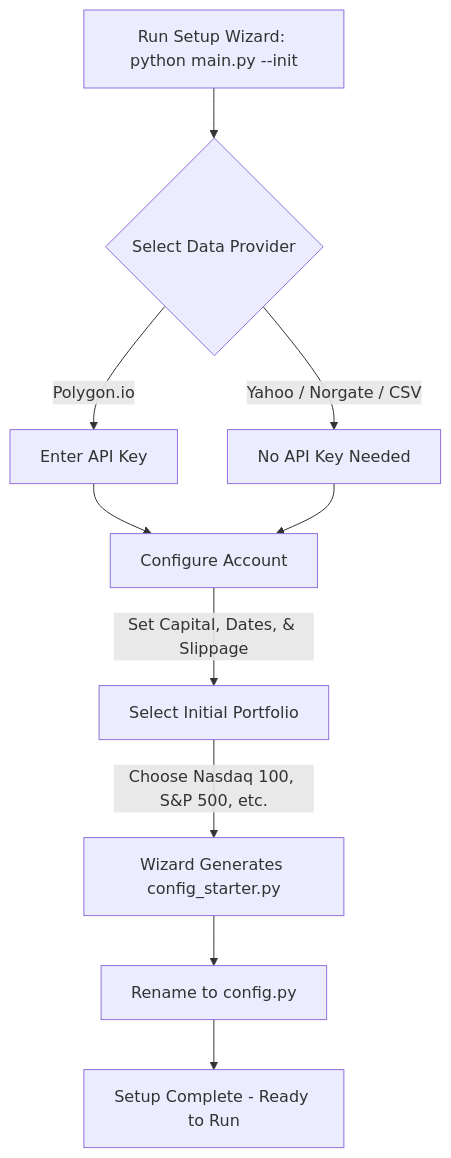
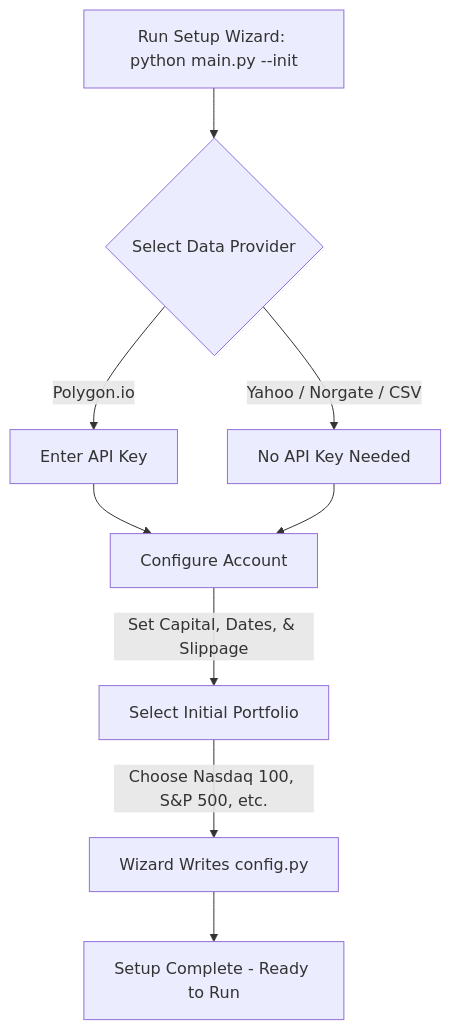
Before and after one commit to zachisit/july-backtester: the second of 3 diagrams in README.md, drawn with Mermaid. The commit also changed other lines of this file and 2 other files, not shown here.

Commit message:
fix(init-wizard): write directly to config.py and patch in-place when it exists
Previously the wizard always wrote to config_starter.py and told the user
to manually copy or rename it. Users reasonably expected their wizard
choices to stick in config.py immediately.

- New: if config.py does not exist, wizard writes the full template
  directly to config.py (no more config_starter.py)
- New: if config.py already exists, _patch_existing_config() surgically
  updates only the wizard-collected keys (data_provider, initial_capital,
  start_date, symbols_to_test / portfolios) via re.subn; all other
  settings are preserved unchanged
- README: both Mermaid diagrams updated to remove the intermediate
  rename/copy step

````diff
--- a/README.md
+++ b/README.md
@@ -59,12 +58,11 @@
 ```mermaid
 graph TD
     A[Run Setup Wizard: python main.py --init] --> B{Select Data Provider}
     B -->|Polygon.io| C[Enter API Key]
     B -->|Yahoo / Norgate / CSV| D[No API Key Needed]
     C --> E[Configure Account]
     D --> E
     E -->|Set Capital, Dates, & Slippage| F[Select Initial Portfolio]
-    F -->|Choose Nasdaq 100, S&P 500, etc.| G[Wizard Generates config_starter.py]
-    G --> H[Rename to config.py]
-    H --> I[Setup Complete - Ready to Run]
+    F -->|Choose Nasdaq 100, S&P 500, etc.| G[Wizard Writes config.py]
+    G --> I[Setup Complete - Ready to Run]
 ```
````
